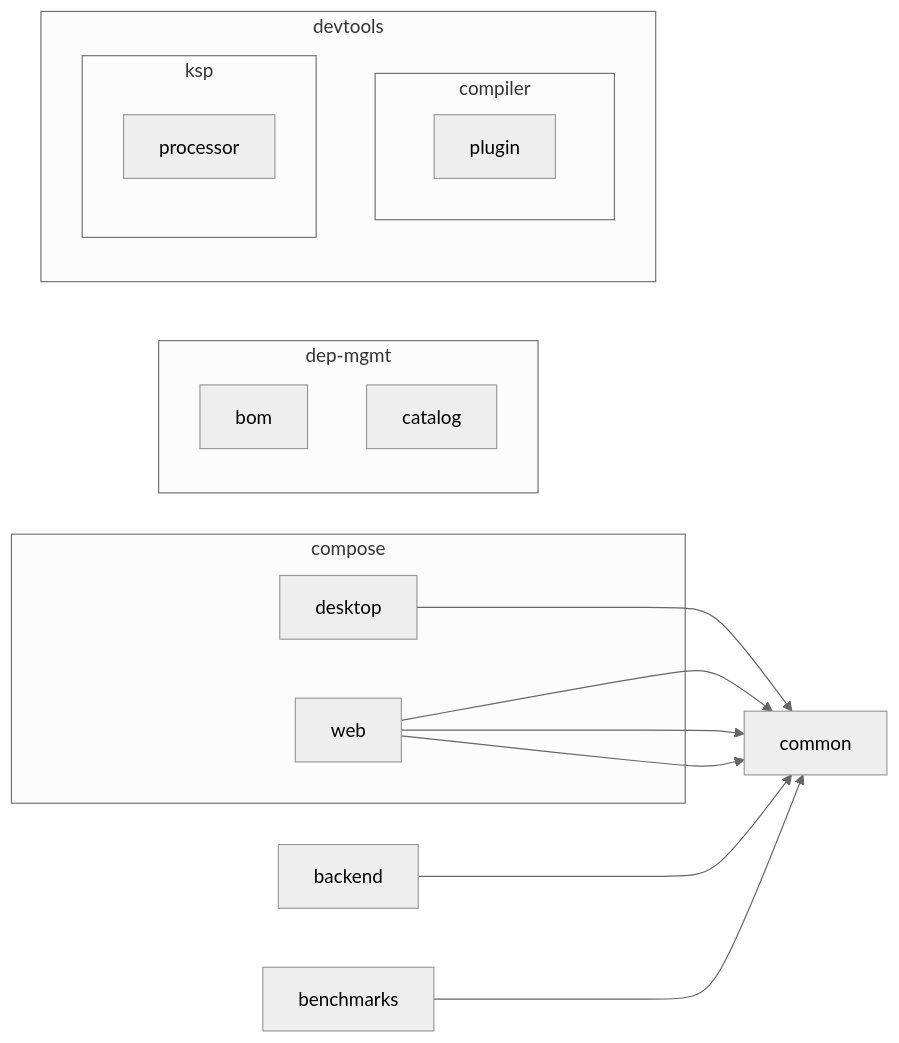
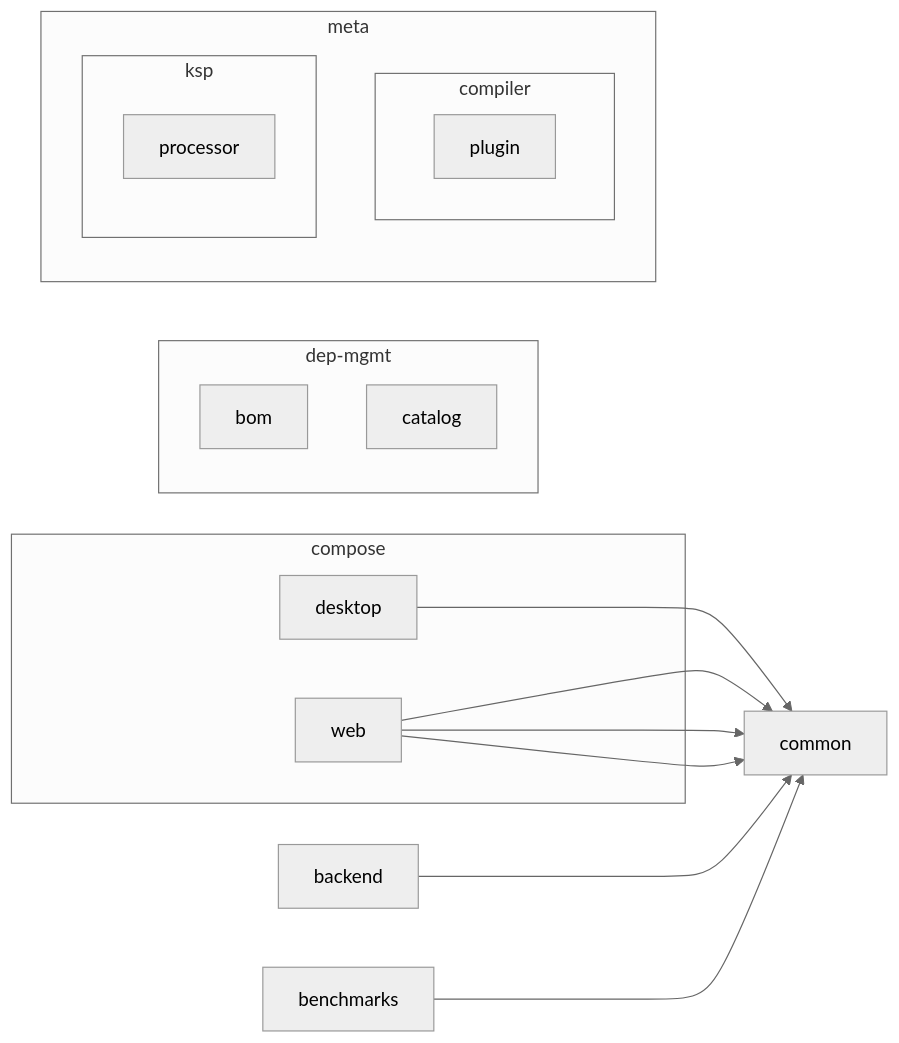
Before and after one commit to sureshg/kotlin-mpp-playground: the diagram in README.md, drawn with Mermaid. The commit also changed 9 other files, not shown here.

````diff
--- a/README.md
+++ b/README.md
@@ -125,37 +125,37 @@
 ```mermaid
 %%{
   init: {
     'theme': 'neutral'
   }
 }%%
 
 graph LR
 
   subgraph compose
     desktop
     web
   end
   subgraph dep-mgmt
     bom
     catalog
   end
-  subgraph devtools
+  subgraph meta
     compiler
     ksp
   end
   subgraph compiler
     compiler
     plugin
   end
   subgraph ksp
     ksp
     processor
   end
   web --> common
   web --> common
   desktop --> common
   backend --> common
   web --> common
   benchmarks --> common
 
 ```
````
